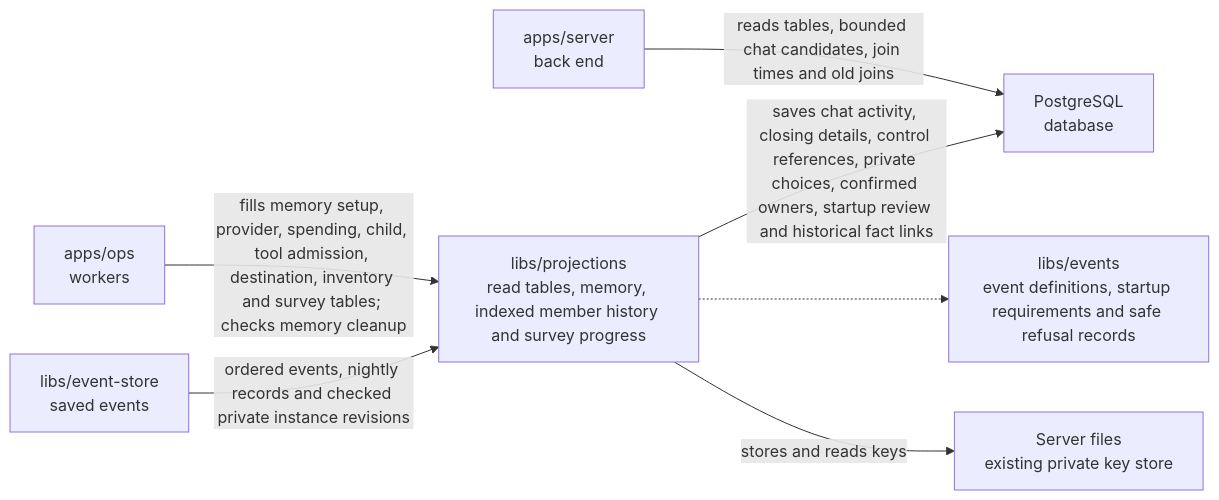
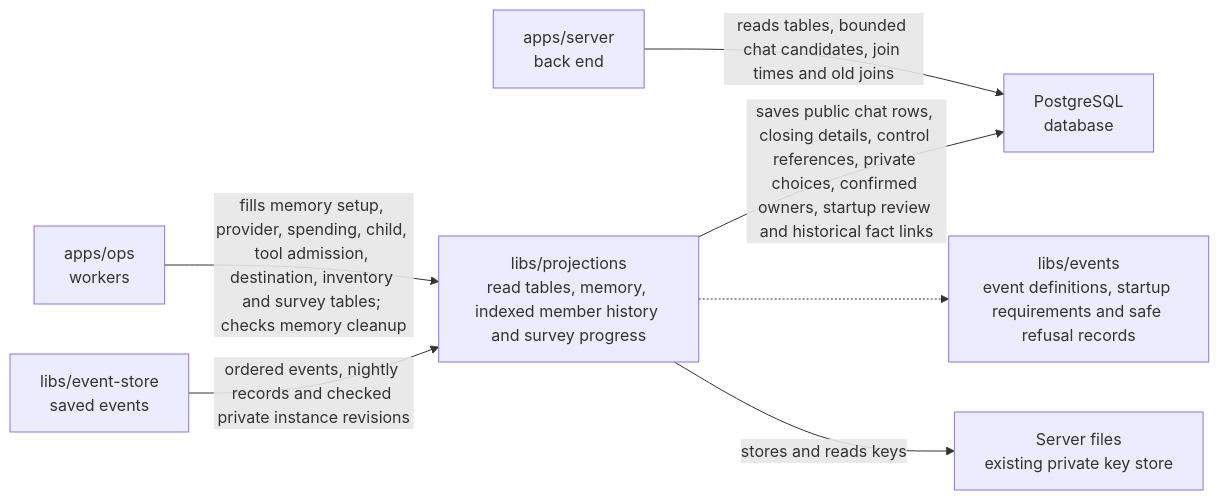
The diagram in libs/projections/README.md (elewa-git/opencrane-new), drawn with Mermaid before and after one commit. The commit also changed other lines of this file and 8 other files, not shown here.

Commit message:
🩹 Keep private memory evidence out of chat and honour conversation closes

````diff
--- a/libs/projections/README.md
+++ b/libs/projections/README.md
@@ -23,9 +23,9 @@
 ```mermaid
 flowchart LR
   ops["apps/ops<br/>workers"] -->|fills memory setup, provider, spending, child, tool admission, destination, inventory and survey tables; checks memory cleanup| projections["libs/projections<br/>read tables, memory, indexed member history and survey progress"]
   server["apps/server<br/>back end"] -->|reads tables, bounded chat candidates, join times and old joins| pg["PostgreSQL<br/>database"]
-  projections -->|saves chat activity, closing details, control references, private choices, confirmed owners, startup review and historical fact links| pg
+  projections -->|saves public chat rows, closing details, control references, private choices, confirmed owners, startup review and historical fact links| pg
   store["libs/event-store<br/>saved events"] -->|ordered events, nightly records and checked private instance revisions| projections
   projections -.-> events["libs/events<br/>event definitions, startup requirements and safe refusal records"]
   projections -->|stores and reads keys| keys["Server files<br/>existing private key store"]
 ```
````
